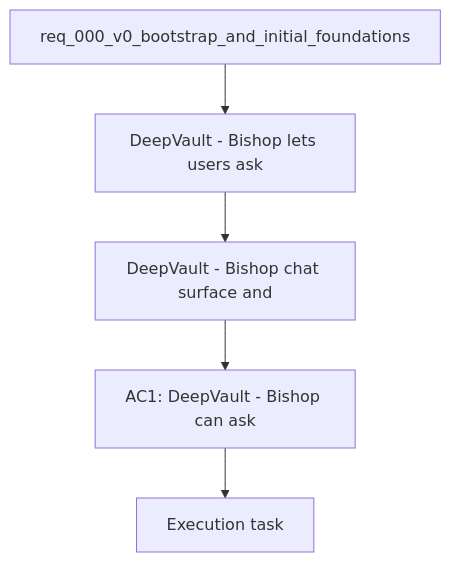
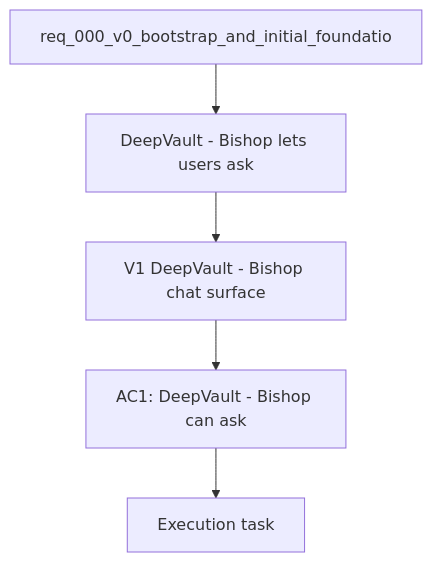
One commit to AlexAgo83/deepvault changed the diagram in logics/backlog/item_009_v1_local_chat_surface_and_answer_flow.md. Above: the diagram before and after it, drawn with Mermaid. The commit also changed 28 other files, not shown here.

````diff
--- a/logics/backlog/item_009_v1_local_chat_surface_and_answer_flow.md
+++ b/logics/backlog/item_009_v1_local_chat_surface_and_answer_flow.md
@@ -21,9 +21,9 @@
 ```mermaid
 %% logics-kind: backlog
 %% logics-signature: backlog|v1-deepvault-bishop-chat-surface-and-ans|req-000-v0-bootstrap-and-initial-foundat|deepvault-bishop-lets-users-ask|ac1-deepvault-bishop-can-ask
 flowchart TD
-    Request[req_000_v0_bootstrap_and_initial_foundations] --> Problem[DeepVault - Bishop lets users ask]
-    Problem --> Scope[DeepVault - Bishop chat surface and]
+    Request[req_000_v0_bootstrap_and_initial_foundatio] --> Problem[DeepVault - Bishop lets users ask]
+    Problem --> Scope[V1 DeepVault - Bishop chat surface]
     Scope --> Acceptance[AC1: DeepVault - Bishop can ask]
     Acceptance --> Tasks[Execution task]
 ```
````
